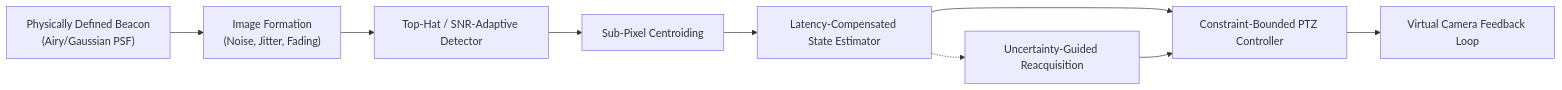
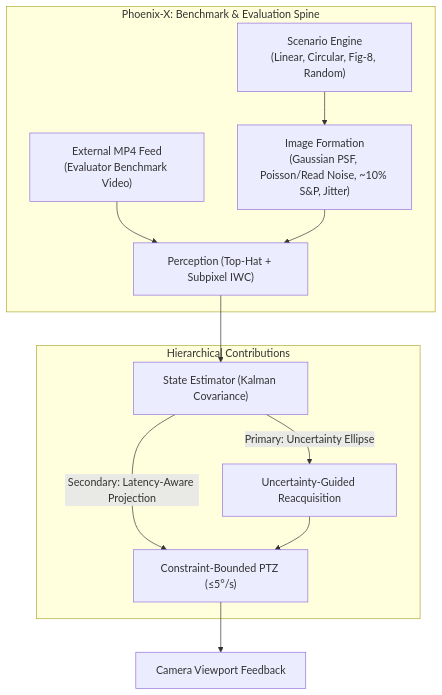
Before and after one commit to jvstin47/SIH-26169-Virtual-Camera-Tracking: the second of 2 diagrams in docs/PHOENIX_X_RESEARCH_SPECIFICATION_V1.md, drawn with Mermaid. The commit also changed other lines of this file and 1 other file, not shown here.

Commit message:
docs: align research framework and spec v1 with calibrated scientific review

````diff
--- a/docs/PHOENIX_X_RESEARCH_SPECIFICATION_V1.md
+++ b/docs/PHOENIX_X_RESEARCH_SPECIFICATION_V1.md
@@ -57,11 +57,19 @@
 ```mermaid
-flowchart LR
-    A["Physically Defined Beacon<br/>(Airy/Gaussian PSF)"] --> B["Image Formation<br/>(Noise, Jitter, Fading)"]
-    B --> C["Top-Hat / SNR-Adaptive Detector"]
-    C --> D["Sub-Pixel Centroiding"]
-    D --> E["Latency-Compensated State Estimator"]
-    E --> F["Constraint-Bounded PTZ Controller"]
-    E -.-> G["Uncertainty-Guided Reacquisition"]
-    F --> H["Virtual Camera Feedback Loop"]
-    G --> F
+flowchart TD
+    subgraph Benchmark_Spine ["Phoenix-X: Benchmark & Evaluation Spine"]
+        M1["Scenario Engine<br/>(Linear, Circular, Fig-8, Random)"]
+        M2["External MP4 Feed<br/>(Evaluator Benchmark Video)"]
+        M1 --> IF["Image Formation<br/>(Gaussian PSF, Poisson/Read Noise, ~10% S&P, Jitter)"]
+        M2 --> Perc
+        IF --> Perc["Perception (Top-Hat + Subpixel IWC)"]
+    end
+
+    subgraph Core_Contributions ["Hierarchical Contributions"]
+        Perc --> Est["State Estimator (Kalman Covariance)"]
+        Est -->|"Secondary: Latency-Aware Projection"| Ctrl["Constraint-Bounded PTZ (≤5°/s)"]
+        Est -->|"Primary: Uncertainty Ellipse"| Reacq["Uncertainty-Guided Reacquisition"]
+        Reacq --> Ctrl
+    end
+
+    Ctrl --> Cam["Camera Viewport Feedback"]
 ```
````
